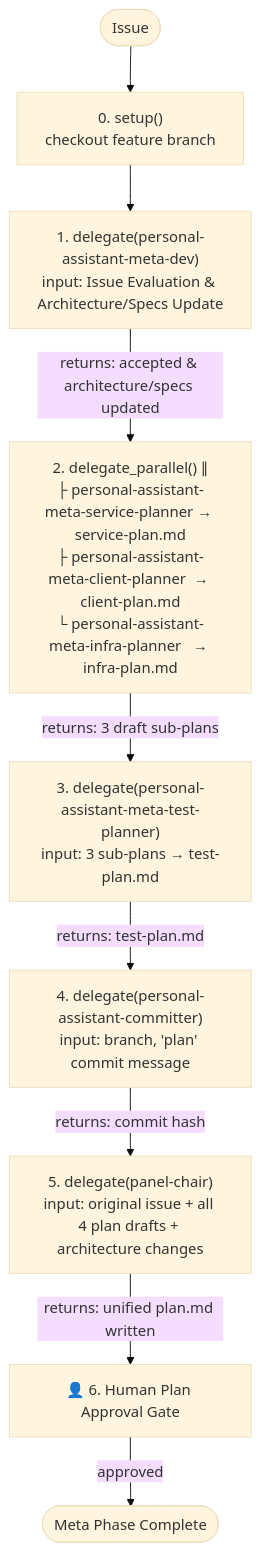
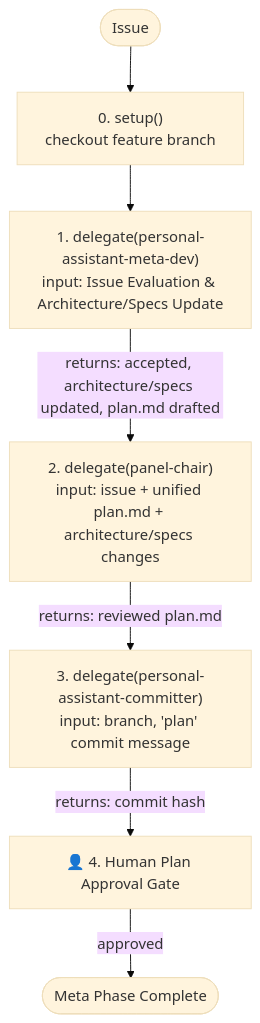
The diagram in .opencode/agents/personal-assistant-meta-manager.md (T-1009/personal-assistant), drawn with Mermaid (base theme) before and after one commit. The commit also changed other lines of this file and 6 other files, not shown here.

First line of the commit message:
refactor: consolidate Meta phase planning into unified plan.md

````diff
--- a/.opencode/agents/personal-assistant-meta-manager.md
+++ b/.opencode/agents/personal-assistant-meta-manager.md
@@ -39,20 +35,16 @@
 ```mermaid
 flowchart TD
     START(["Issue"])
 
     START --> S0["0. setup()<br/>checkout feature branch"]
 
     S0 --> S1["1. delegate(personal-assistant-meta-dev)<br/>input: Issue Evaluation & Architecture/Specs Update"]
 
-    S1 -- "returns: accepted & architecture/specs updated" --> S2["2. delegate_parallel() ∥<br/>├ personal-assistant-meta-service-planner → service-plan.md<br/>├ personal-assistant-meta-client-planner  → client-plan.md<br/>└ personal-assistant-meta-infra-planner   → infra-plan.md"]
+    S1 -- "returns: accepted, architecture/specs updated, plan.md drafted" --> S2["2. delegate(panel-chair)<br/>input: issue + unified plan.md + architecture/specs changes"]
 
-    S2 -- "returns: 3 draft sub-plans" --> S3["3. delegate(personal-assistant-meta-test-planner)<br/>input: 3 sub-plans → test-plan.md"]
+    S2 -- "returns: reviewed plan.md" --> S3["3. delegate(personal-assistant-committer)<br/>input: branch, 'plan' commit message"]
 
-    S3 -- "returns: test-plan.md" --> S4["4. delegate(personal-assistant-committer)<br/>input: branch, 'plan' commit message"]
-
-    S4 -- "returns: commit hash" --> S5["5. delegate(panel-chair)<br/>input: original issue + all 4 plan drafts + architecture changes"]
-
-    S5 -- "returns: unified plan.md written" --> HUMAN_APPROVAL["👤 6. Human Plan Approval Gate"]
+    S3 -- "returns: commit hash" --> HUMAN_APPROVAL["👤 4. Human Plan Approval Gate"]
 
     HUMAN_APPROVAL -- "approved" --> DONE(["Meta Phase Complete"])
 ```
````
